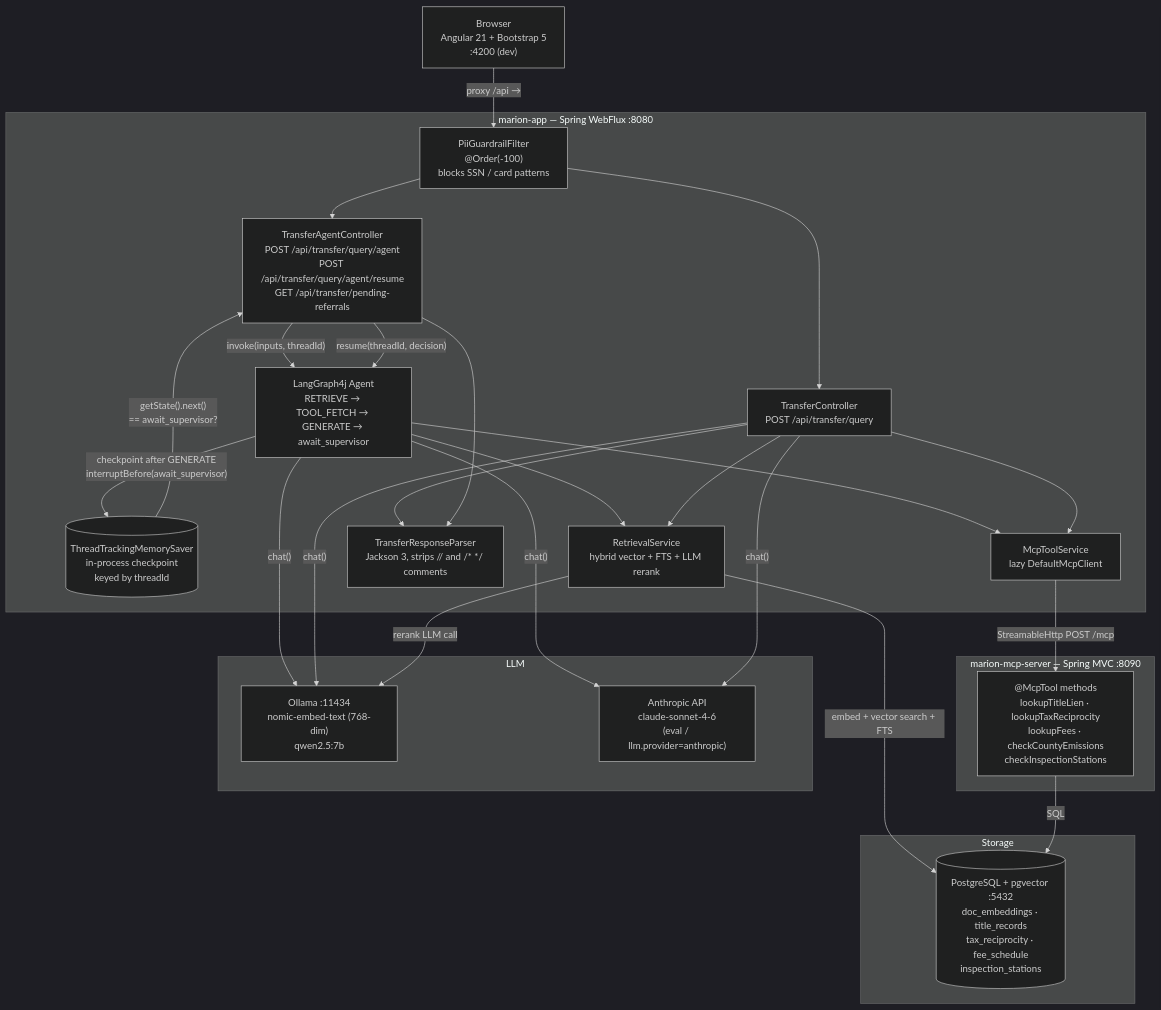
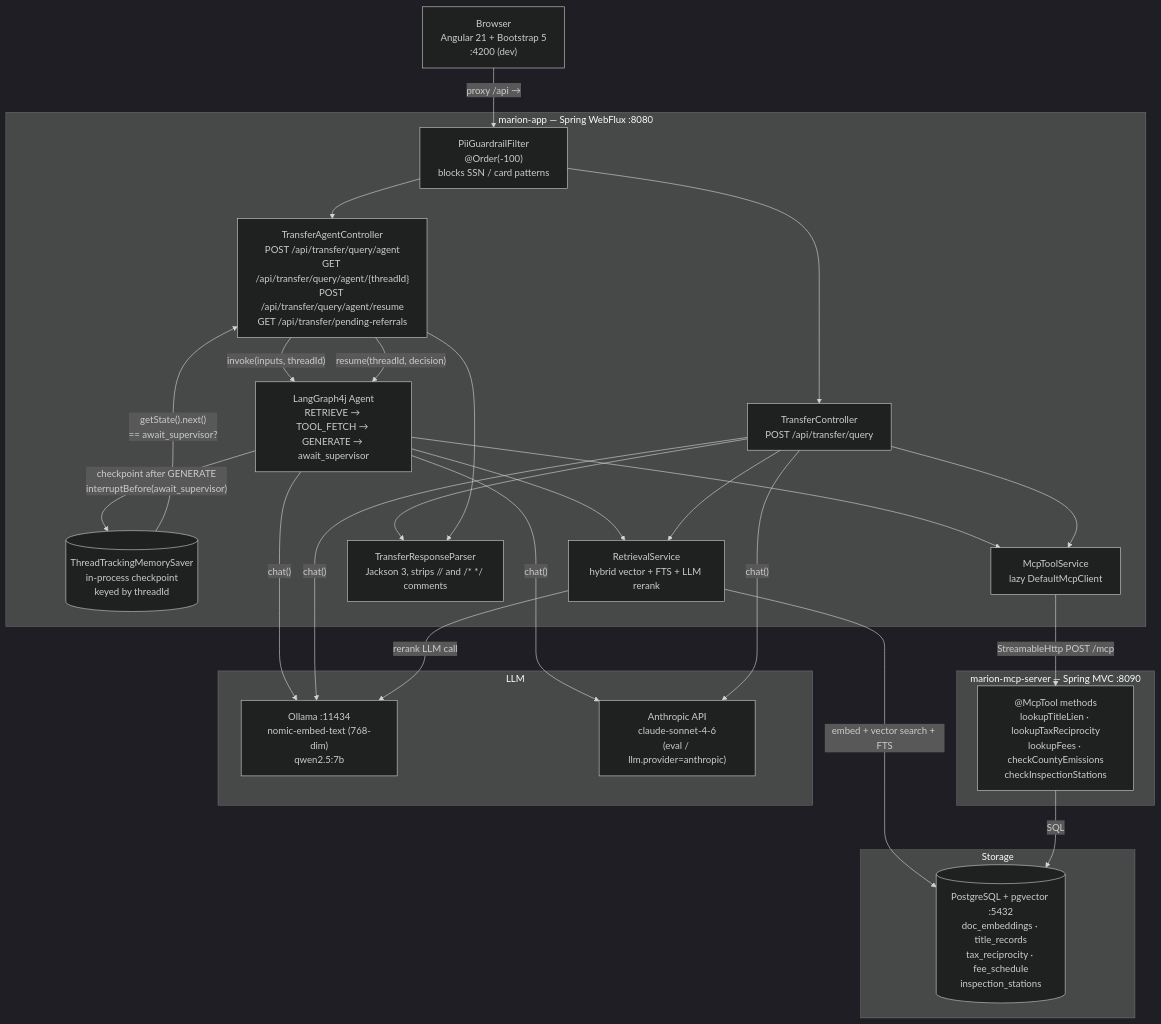
Before and after one commit to srikanthkaushik/title-ai: the first of 7 diagrams in docs/architecture.md, drawn with Mermaid (dark theme). The commit also changed other lines of this file and 6 other files, not shown here.

````diff
--- a/docs/architecture.md
+++ b/docs/architecture.md
@@ -5,50 +5,50 @@
 ```mermaid
 graph TD
     Browser["Browser\nAngular 21 + Bootstrap 5\n:4200 (dev)"]
 
     subgraph marion-app ["marion-app — Spring WebFlux :8080"]
         PII["PiiGuardrailFilter\n@Order(-100)\nblocks SSN / card patterns"]
         TC["TransferController\nPOST /api/transfer/query"]
-        TAC["TransferAgentController\nPOST /api/transfer/query/agent\nPOST /api/transfer/query/agent/resume\nGET /api/transfer/pending-referrals"]
+        TAC["TransferAgentController\nPOST /api/transfer/query/agent\nGET /api/transfer/query/agent/{threadId}\nPOST /api/transfer/query/agent/resume\nGET /api/transfer/pending-referrals"]
         Graph["LangGraph4j Agent\nRETRIEVE → TOOL_FETCH → GENERATE → await_supervisor"]
         Checkpoint[("ThreadTrackingMemorySaver\nin-process checkpoint\nkeyed by threadId")]
         Retrieval["RetrievalService\nhybrid vector + FTS + LLM rerank"]
         MCP_Client["McpToolService\nlazy DefaultMcpClient"]
         Parser["TransferResponseParser\nJackson 3, strips // and /* */ comments"]
     end
 
     subgraph marion-mcp-server ["marion-mcp-server — Spring MVC :8090"]
         Tools["@McpTool methods\nlookupTitleLien · lookupTaxReciprocity\nlookupFees · checkCountyEmissions\ncheckInspectionStations"]
     end
 
     subgraph Storage
         PG[("PostgreSQL + pgvector :5432\ndoc_embeddings · title_records\ntax_reciprocity · fee_schedule\ninspection_stations")]
     end
 
     subgraph LLM
         Ollama["Ollama :11434\nnomic-embed-text (768-dim)\nqwen2.5:7b"]
         Anthropic["Anthropic API\nclaude-sonnet-4-6\n(eval / llm.provider=anthropic)"]
     end
 
     Browser -->|"proxy /api →"| PII
     PII --> TC
     PII --> TAC
     TAC -->|"invoke(inputs, threadId)"| Graph
     TAC -->|"resume(threadId, decision)"| Graph
     Graph -->|"checkpoint after GENERATE\ninterruptBefore(await_supervisor)"| Checkpoint
     Checkpoint -->|"getState().next()\n== await_supervisor?"| TAC
     Graph --> Retrieval
     Graph --> MCP_Client
     Graph -->|"chat()"| Ollama
     Graph -->|"chat()"| Anthropic
     TC --> Retrieval
     TC --> MCP_Client
     TC -->|"chat()"| Ollama
     TC -->|"chat()"| Anthropic
     Retrieval -->|"embed + vector search + FTS"| PG
     Retrieval -->|"rerank LLM call"| Ollama
     MCP_Client -->|"StreamableHttp POST /mcp"| Tools
     Tools -->|SQL| PG
     TC --> Parser
     TAC --> Parser
 ```
````
